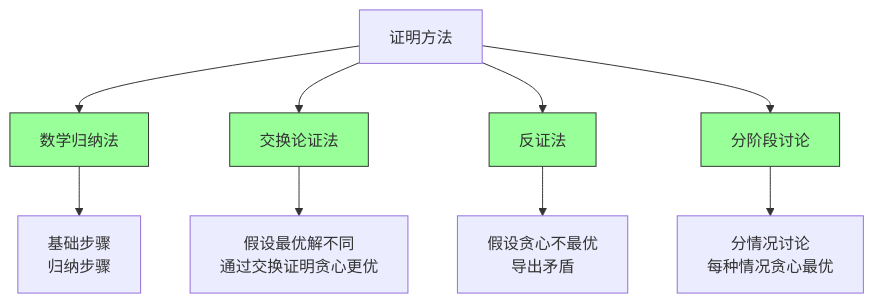
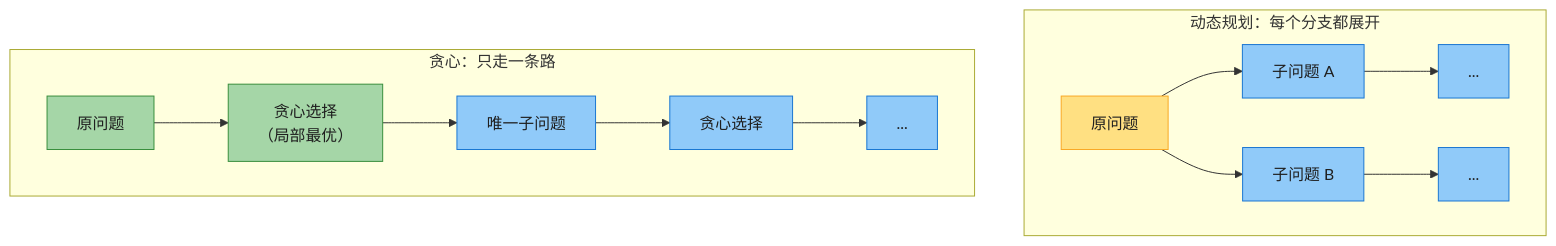
The first of 3 diagrams in IntroductionToAlgorithms/Chapter15_贪心算法_深度版.md (socoo123/book_reading), drawn with Mermaid before and after one commit. The commit also changed other lines of this file and 30 other files, not shown here.

````diff
--- a/IntroductionToAlgorithms/Chapter15_贪心算法_深度版.md
+++ b/IntroductionToAlgorithms/Chapter15_贪心算法_深度版.md
@@ -109,17 +20,22 @@
 ```mermaid
 flowchart TD
-    A["证明方法"] --> B["数学归纳法"]
-    A --> C["交换论证法"]
-    A --> D["反证法"]
-    A --> E["分阶段讨论"]
+    subgraph DP["动态规划：每个分支都展开"]
+        D1["原问题"] --> D2["子问题 A"]
+        D1 --> D3["子问题 B"]
+        D2 --> D4["..."]
+        D3 --> D5["..."]
+    end
+    subgraph GR["贪心：只走一条路"]
+        G1["原问题"] --> G2["贪心选择<br/>（局部最优）"]
+        G2 --> G3["唯一子问题"]
+        G3 --> G4["贪心选择"]
+        G4 --> G5["..."]
+    end
 
-    B --> B1["基础步骤<br/>归纳步骤"]
-    C --> C1["假设最优解不同<br/>通过交换证明贪心更优"]
-    D --> D1["假设贪心不最优<br/>导出矛盾"]
-    E --> E1["分情况讨论<br/>每种情况贪心最优"]
-
-    style B fill:#99ff99,stroke:#333
-    style C fill:#99ff99,stroke:#333
-    style D fill:#99ff99,stroke:#333
-    style E fill:#99ff99,stroke:#333
+    classDef rootDP fill:#FFE082,stroke:#F9A825,color:#1f1f1f
+    classDef rootGR fill:#A5D6A7,stroke:#388E3C,color:#1f1f1f
+    classDef norm fill:#90CAF9,stroke:#1976D2,color:#1f1f1f
+    class D1 rootDP
+    class G1,G2 rootGR
+    class D2,D3,D4,D5,G3,G4,G5 norm
 ```
````
